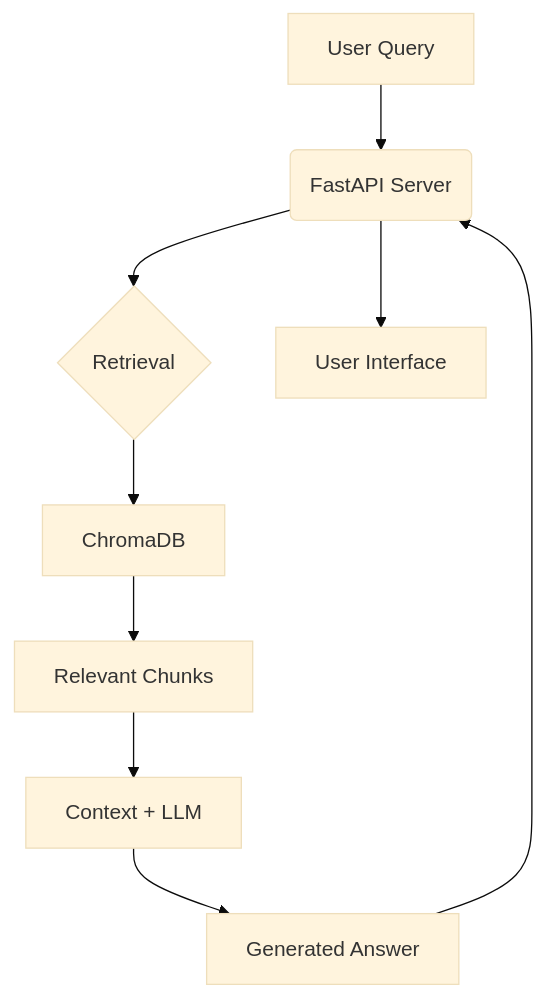
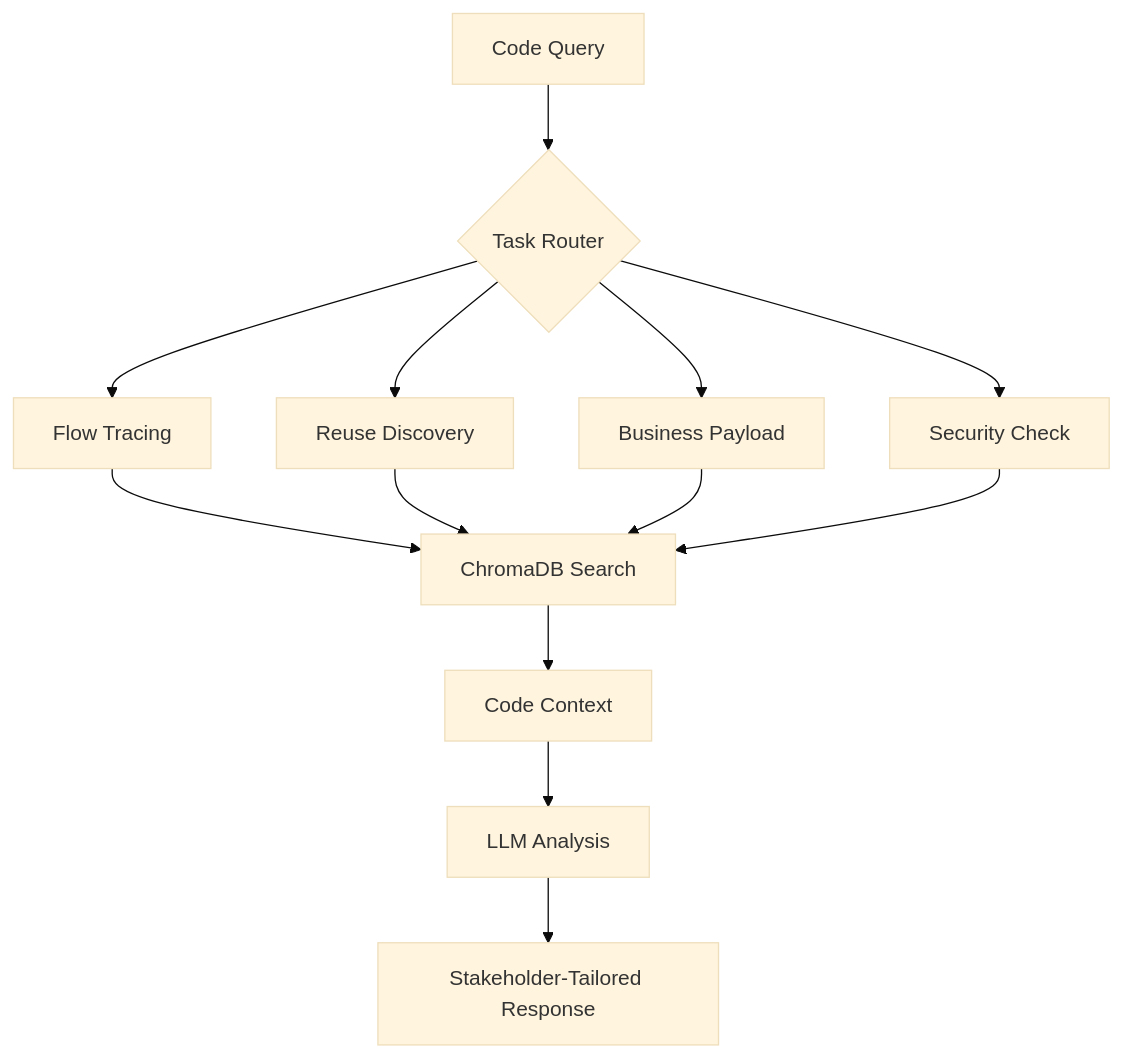
One commit to flyawayfarfar/code-bot changed the diagram in README.md. Above: the diagram before and after it, drawn with Mermaid (base theme). The commit also changed other lines of this file and 7 other files, not shown here.

````diff
--- a/README.md
+++ b/README.md
@@ -30,11 +32,15 @@
 ```mermaid
 graph TD
-    A[User Query] --> B(FastAPI Server)
-    B --> C{Retrieval}
-    C --> D[ChromaDB]
-    D --> E[Relevant Chunks]
-    E --> F[Context + LLM]
-    F --> G[Generated Answer]
-    G --> B
-    B --> H[User Interface]
+    A[Code Query] --> B{Task Router}
+    B --> C[Flow Tracing]
+    B --> D[Reuse Discovery] 
+    B --> E[Business Payload]
+    B --> F[Security Check]
+    C --> G[ChromaDB Search]
+    D --> G
+    E --> G
+    F --> G
+    G --> H[Code Context]
+    H --> I[LLM Analysis]
+    I --> J[Stakeholder-Tailored Response]
 ```
````
